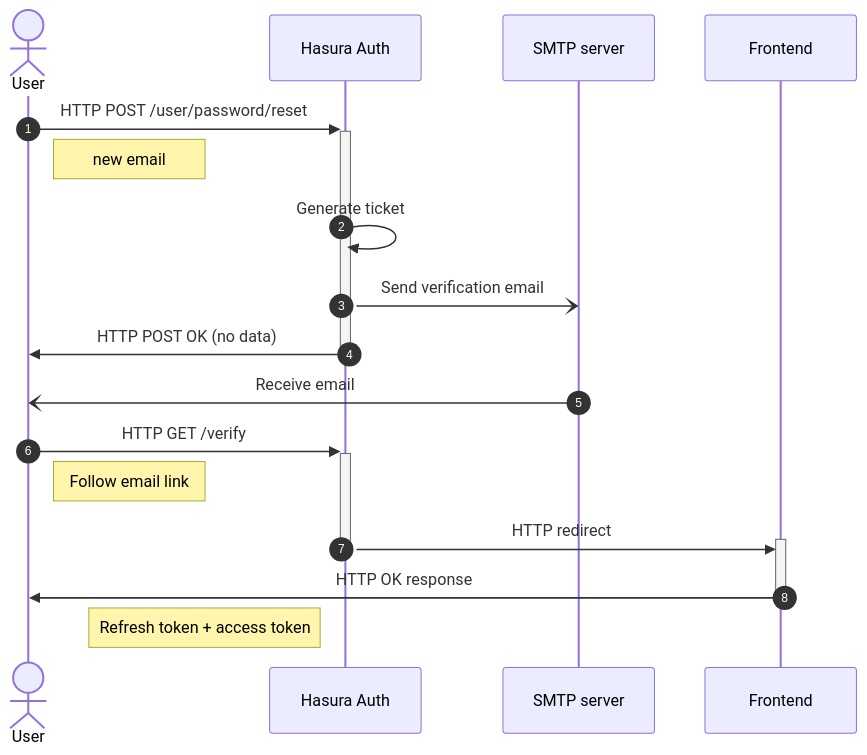
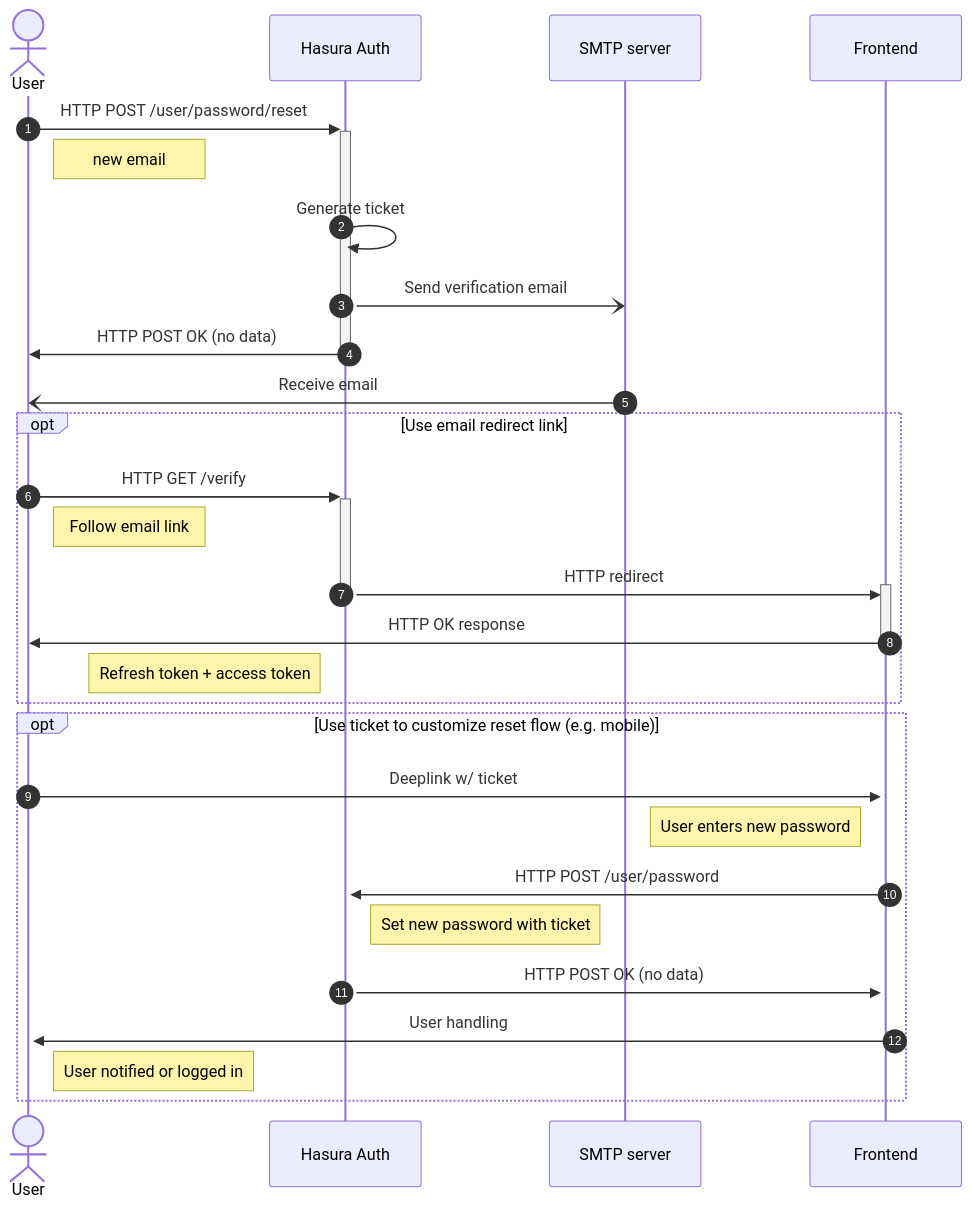
The diagram in docs/workflows/reset-password.md (nhost/nhost), drawn with Mermaid before and after one commit. The commit also changed 1 other file, not shown here.

Commit message:
feat: change password with ticket

````diff
--- a/docs/workflows/reset-password.md
+++ b/docs/workflows/reset-password.md
@@ -3,20 +3,31 @@
 ```mermaid
 sequenceDiagram
 	autonumber
 	actor U as User
 	participant A as Hasura Auth
 	participant E as SMTP server
 	participant F as Frontend
 	U->>+A: HTTP POST /user/password/reset
 	Note right of U: new email
 	A->>A: Generate ticket
 	A-)E: Send verification email
 	A->>-U: HTTP POST OK (no data)
 	E-)U: Receive email
-	U->>+A: HTTP GET /verify
-	Note right of U: Follow email link
-	A->>+F: HTTP redirect
-	deactivate A
-	F->>-U: HTTP OK response
-	Note left of A: Refresh token + access token
+        opt Use email redirect link
+        	U->>+A: HTTP GET /verify
+            Note right of U: Follow email link
+            A->>+F: HTTP redirect
+            deactivate A
+            F->>-U: HTTP OK response
+            Note left of A: Refresh token + access token
+        end
+        opt Use ticket to customize reset flow (e.g. mobile)
+            U->>+F: Deeplink w/ ticket
+            Note left of F: User enters new password
+            F->>+A: HTTP POST /user/password
+            Note right of A: Set new password with ticket
+            A->>+F: HTTP POST OK (no data)
+            F->>+U: User handling
+            Note right of U: User notified or logged in
+        end
 ```
````
